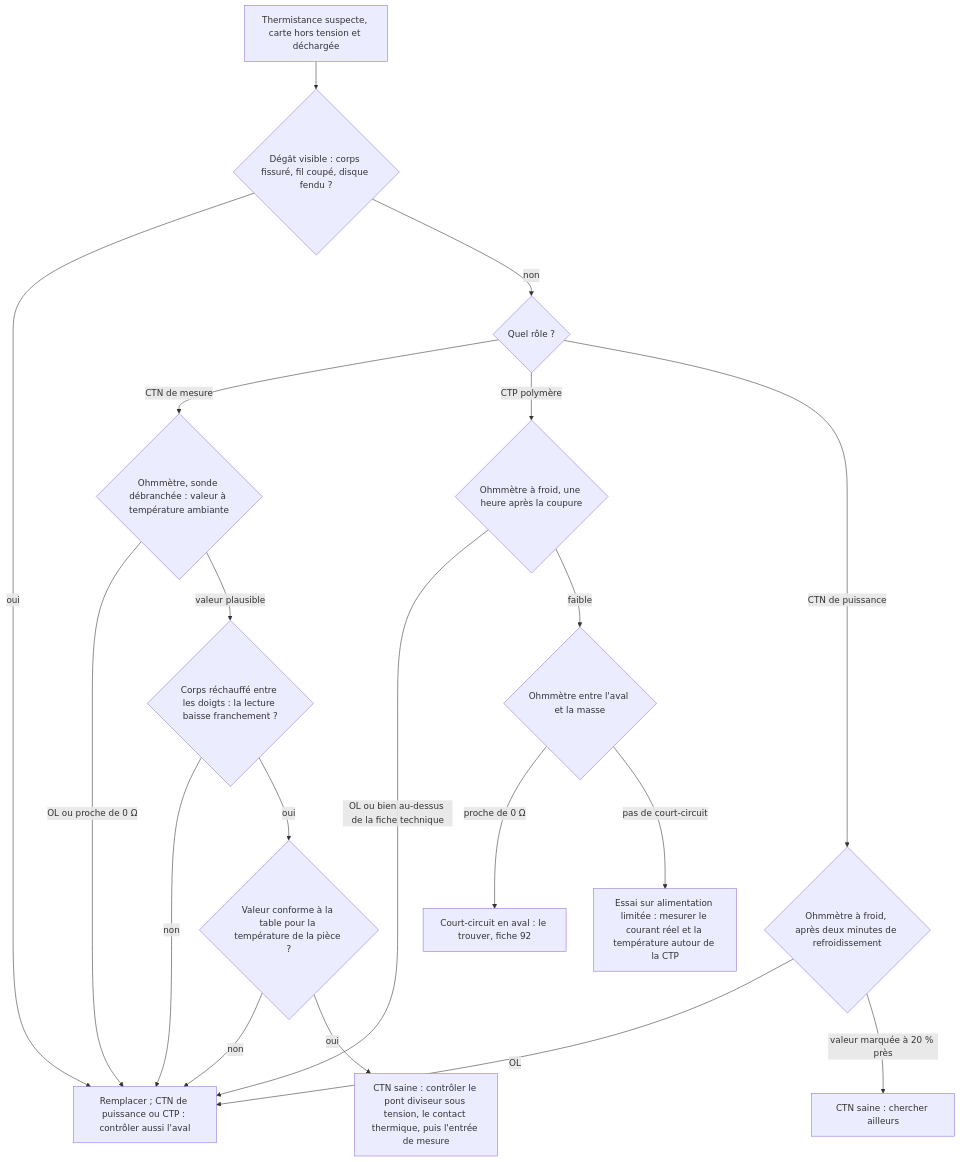
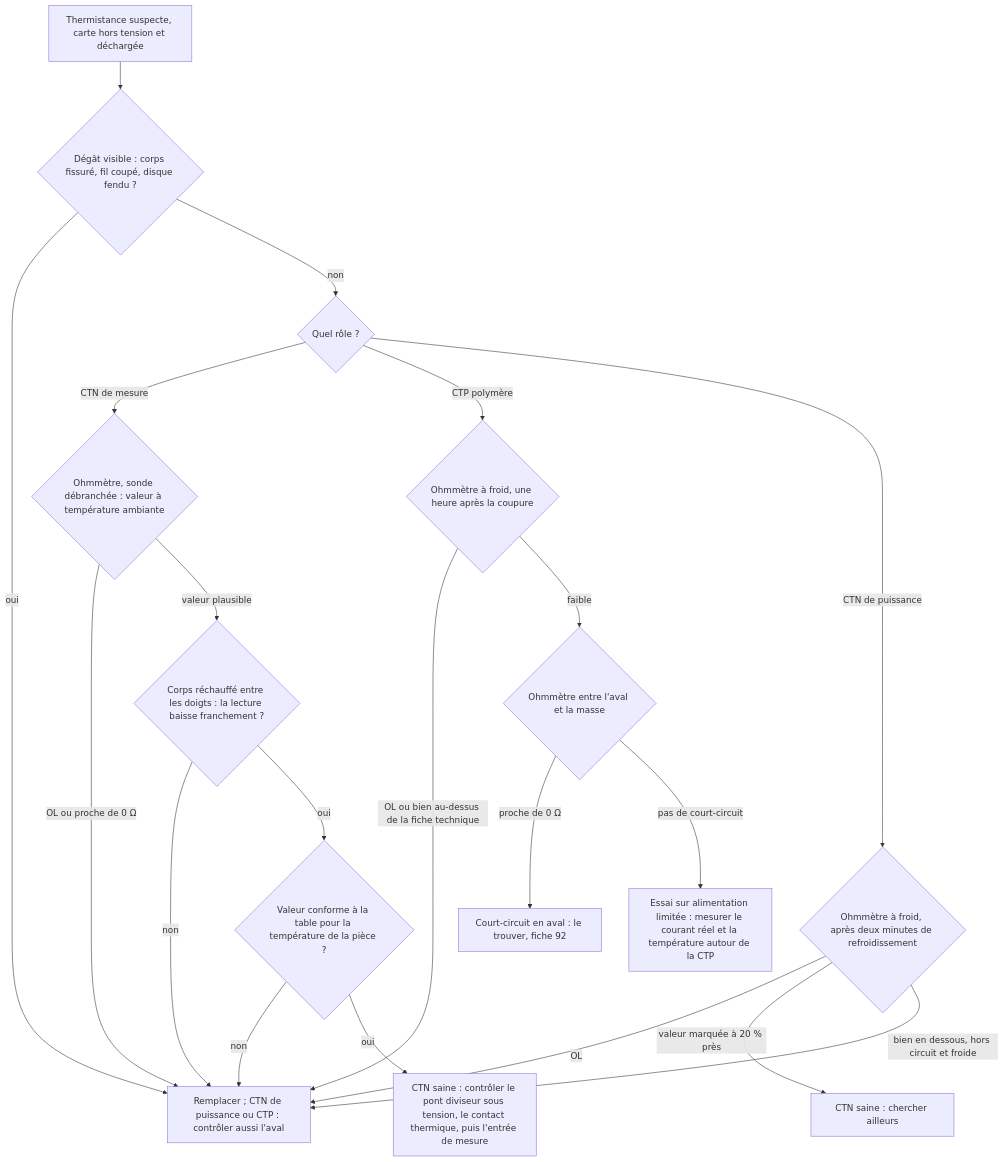
Before and after one commit to benoit-bremaud/ohm-sweet-ohm: the diagram in troubleshooting/12_thermistance/README.md, drawn with Mermaid. The commit also changed other lines of this file and 14 other files, not shown here.

````diff
--- a/troubleshooting/12_thermistance/README.md
+++ b/troubleshooting/12_thermistance/README.md
@@ -185,21 +186,22 @@
 ```mermaid
 flowchart TD
   A[Thermistance suspecte, carte hors tension et déchargée] --> B{Dégât visible : corps fissuré, fil coupé, disque fendu ?}
   B -- oui --> R[Remplacer ; CTN de puissance ou CTP : contrôler aussi l'aval]
   B -- non --> C{Quel rôle ?}
   C -- CTN de mesure --> D{Ohmmètre, sonde débranchée : valeur à température ambiante}
   D -- OL ou proche de 0 Ω --> R
   D -- valeur plausible --> E{Corps réchauffé entre les doigts : la lecture baisse franchement ?}
   E -- non --> R
   E -- oui --> F{Valeur conforme à la table pour la température de la pièce ?}
   F -- non --> R
   F -- oui --> G[CTN saine : contrôler le pont diviseur sous tension, le contact thermique, puis l'entrée de mesure]
   C -- CTP polymère --> H{Ohmmètre à froid, une heure après la coupure}
   H -- OL ou bien au-dessus de la fiche technique --> R
   H -- faible --> I{Ohmmètre entre l'aval et la masse}
   I -- proche de 0 Ω --> J[Court-circuit en aval : le trouver, fiche 92]
   I -- pas de court-circuit --> K[Essai sur alimentation limitée : mesurer le courant réel et la température autour de la CTP]
   C -- CTN de puissance --> L{Ohmmètre à froid, après deux minutes de refroidissement}
   L -- OL --> R
   L -- valeur marquée à 20 % près --> M[CTN saine : chercher ailleurs]
+  L -- bien en dessous, hors circuit et froide --> R
 ```
````
